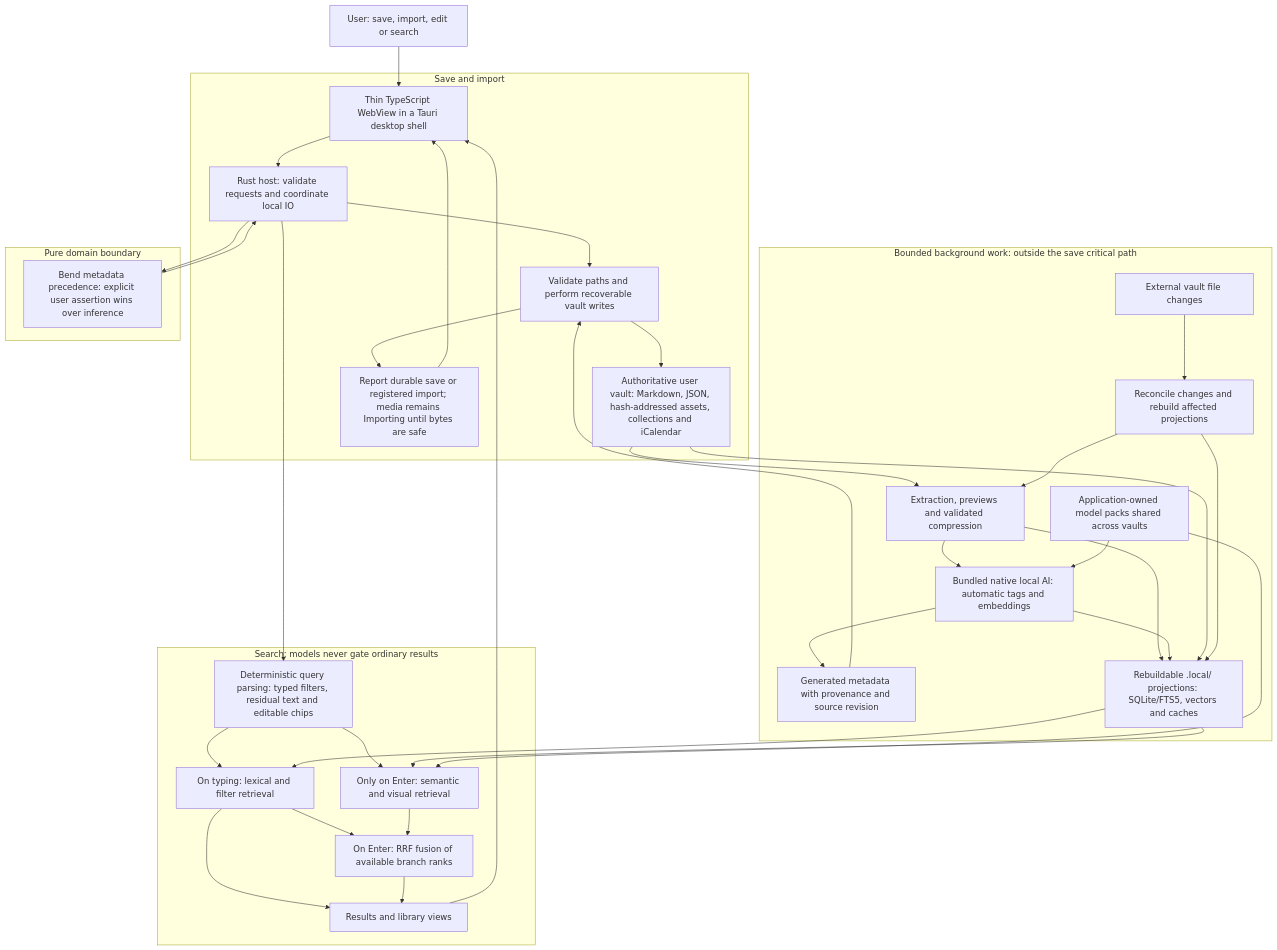
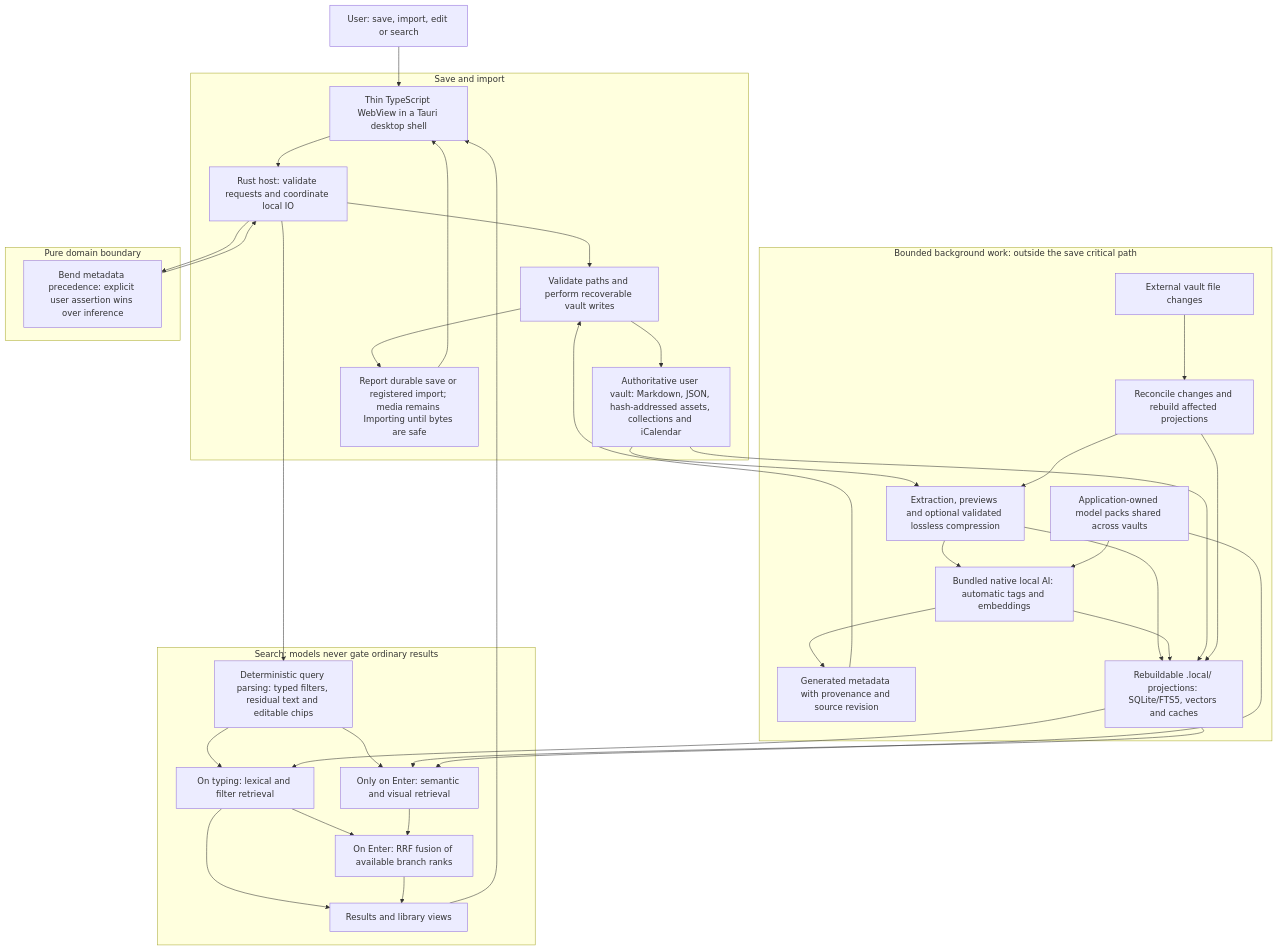
Before and after one commit to parasshah195/second-brain: the diagram in docs/architecture.md, drawn with Mermaid. The commit also changed other lines of this file and 22 other files, not shown here.

````diff
--- a/docs/architecture.md
+++ b/docs/architecture.md
@@ -19,45 +19,45 @@
 ```mermaid
 flowchart TD
     User["User: save, import, edit or search"] --> UI["Thin TypeScript WebView in a Tauri desktop shell"]
     UI --> Host["Rust host: validate requests and coordinate local IO"]
 
     subgraph Ingestion["Save and import"]
         Host --> Writes["Validate paths and perform recoverable vault writes"]
         Writes --> Vault["Authoritative user vault: Markdown, JSON, hash-addressed assets, collections and iCalendar"]
         Writes --> Status["Report durable save or registered import; media remains Importing until bytes are safe"]
         Status --> UI
     end
 
     subgraph Enrichment["Bounded background work: outside the save critical path"]
-        Vault --> Jobs["Extraction, previews and validated compression"]
+        Vault --> Jobs["Extraction, previews and optional validated lossless compression"]
         Jobs --> AI["Bundled native local AI: automatic tags and embeddings"]
         Models["Application-owned model packs shared across vaults"] --> AI
         AI --> Generated["Generated metadata with provenance and source revision"]
         Generated --> Writes
         Jobs --> Index["Rebuildable .local/ projections: SQLite/FTS5, vectors and caches"]
         AI --> Index
         Vault --> Index
         External["External vault file changes"] --> Reconcile["Reconcile changes and rebuild affected projections"]
         Reconcile --> Jobs
         Reconcile --> Index
     end
 
     subgraph Domain["Pure domain boundary"]
         Host --> Rule["Bend metadata precedence: explicit user assertion wins over inference"]
         Rule --> Host
     end
 
     subgraph Retrieval["Search: models never gate ordinary results"]
         Host --> Parse["Deterministic query parsing: typed filters, residual text and editable chips"]
         Parse --> Lexical["On typing: lexical and filter retrieval"]
         Parse --> Enter["Only on Enter: semantic and visual retrieval"]
         Index --> Lexical
         Index --> Enter
         Models --> Enter
         Lexical --> Results["Results and library views"]
         Lexical --> Fusion["On Enter: RRF fusion of available branch ranks"]
         Enter --> Fusion
         Fusion --> Results
         Results --> UI
     end
 ```
````
